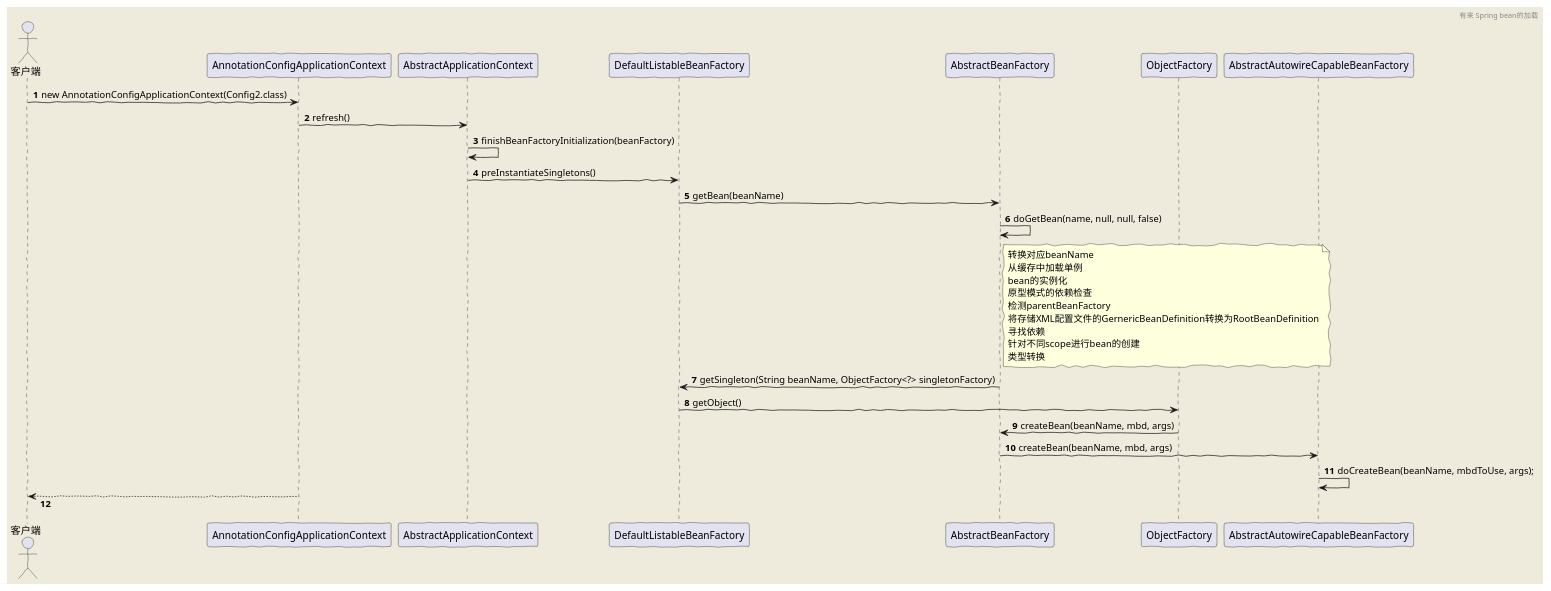
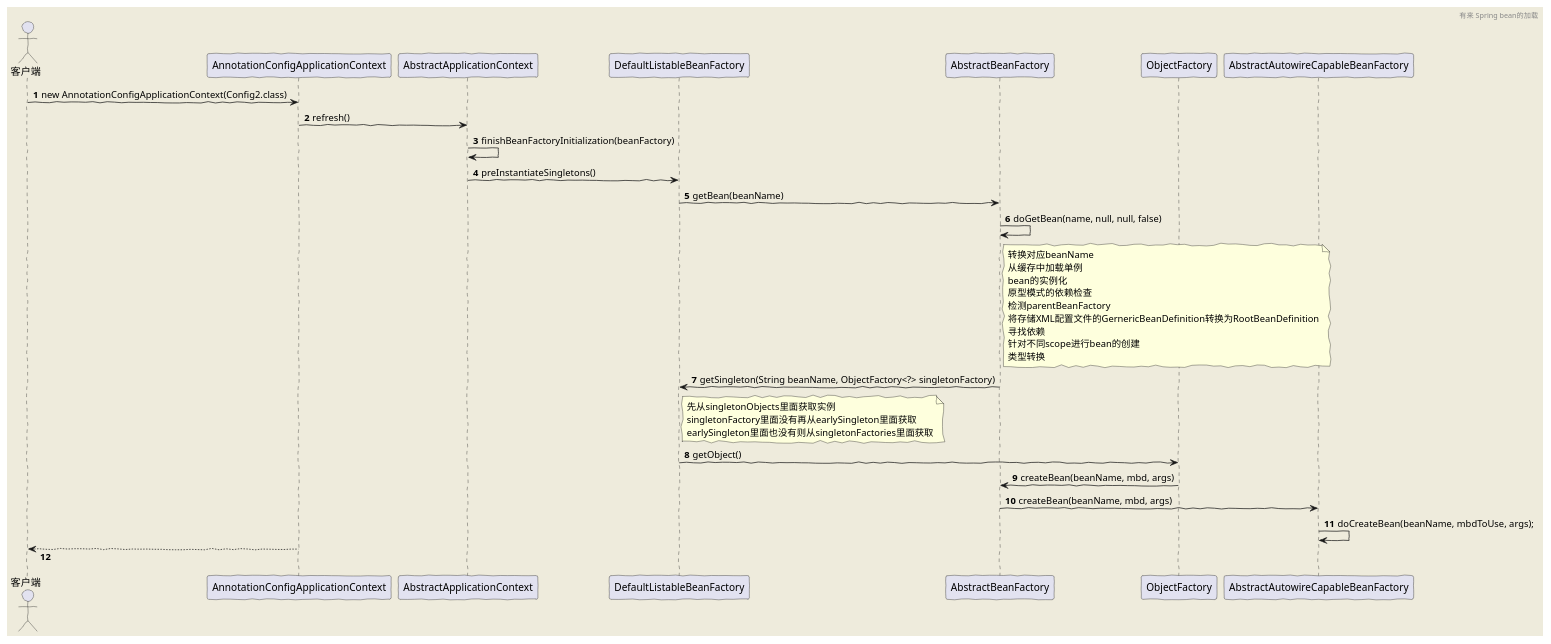
Before and after one commit to youlaitech/youlai-mall: the diagram in youlai-laboratory/src/main/java/com/youlai/laboratory/spring/bean/getBean.puml, drawn with PlantUML.

Commit message:
fix: 修改getBean流程图
修改getBean流程图

```diff
--- a/youlai-laboratory/src/main/java/com/youlai/laboratory/spring/bean/getBean.puml
+++ b/youlai-laboratory/src/main/java/com/youlai/laboratory/spring/bean/getBean.puml
@@ -2,40 +2,44 @@
 @startuml
 autonumber
 'https://plantuml.com/sequence-diagram
 skinparam backgroundColor #EEEBDC
 skinparam handwritten true
 skinparam responseMessageBelowArrow true
 header 有来 Spring bean的加载
 
 actor 客户端
 
 客户端 -> AnnotationConfigApplicationContext:new AnnotationConfigApplicationContext(Config2.class)
 AnnotationConfigApplicationContext->AbstractApplicationContext:refresh()
 AbstractApplicationContext->AbstractApplicationContext:finishBeanFactoryInitialization(beanFactory)
 AbstractApplicationContext->DefaultListableBeanFactory:preInstantiateSingletons()
 DefaultListableBeanFactory->AbstractBeanFactory:getBean(beanName)
 
 AbstractBeanFactory->AbstractBeanFactory:doGetBean(name, null, null, false)
 
 note right of AbstractBeanFactory
 转换对应beanName
 从缓存中加载单例
 bean的实例化
 原型模式的依赖检查
 检测parentBeanFactory
 将存储XML配置文件的GernericBeanDefinition转换为RootBeanDefinition
 寻找依赖
 针对不同scope进行bean的创建
 类型转换
 end note
 AbstractBeanFactory-> DefaultListableBeanFactory:getSingleton(String beanName, ObjectFactory<?> singletonFactory)
-
+note right of DefaultListableBeanFactory
+先从singletonObjects里面获取实例
+singletonFactory里面没有再从earlySingleton里面获取
+earlySingleton里面也没有则从singletonFactories里面获取
+end note
 DefaultListableBeanFactory->ObjectFactory:getObject()
 ObjectFactory->AbstractBeanFactory:createBean(beanName, mbd, args)
 AbstractBeanFactory->AbstractAutowireCapableBeanFactory:createBean(beanName, mbd, args)
 AbstractAutowireCapableBeanFactory->AbstractAutowireCapableBeanFactory:doCreateBean(beanName, mbdToUse, args);
 
 
 
 客户端 <--AnnotationConfigApplicationContext
 @enduml
```
